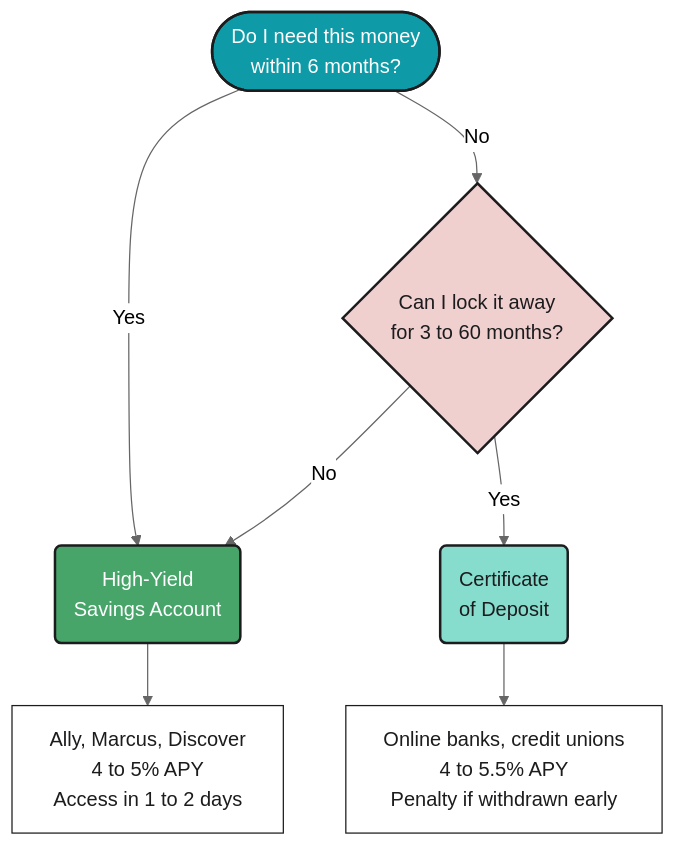
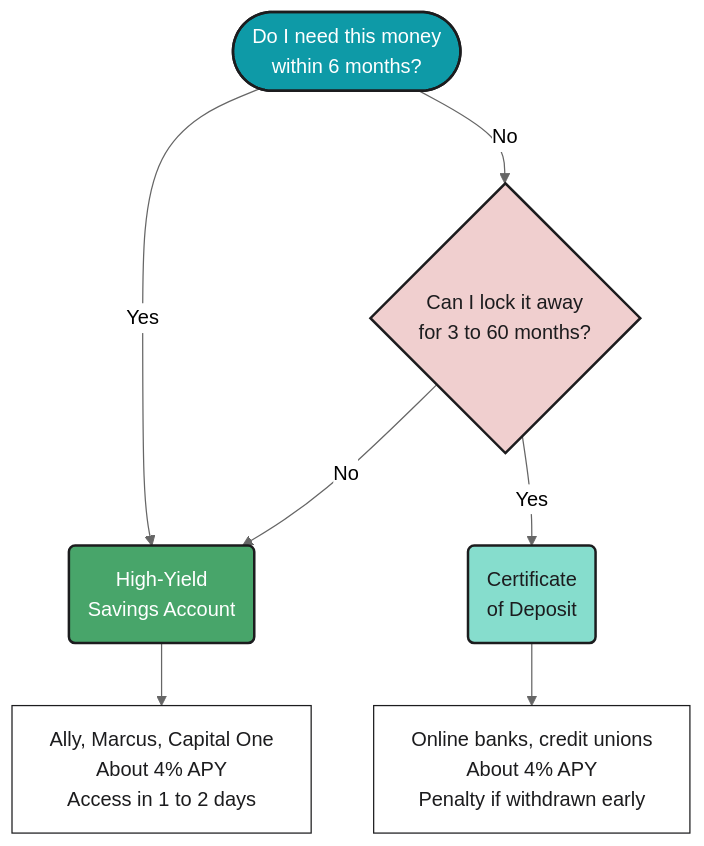
Before and after one commit to mjfrigaard/fm-finance: the first of 2 diagrams in high_yield_accounts.qmd, drawn with Mermaid. The commit also changed other lines of this file and 22 other files, not shown here.

````diff
--- a/high_yield_accounts.qmd
+++ b/high_yield_accounts.qmd
@@ -32,23 +32,23 @@
 ```{mermaid}
 %%| fig-cap: 'Choosing the Right Account'
 %%| fig-align: center
 %%{init: {'theme': 'neutral', 'themeVariables': { 'fontFamily': 'monospace', "darkMode":false, "fontSize":"16px"}}}%%
 
 flowchart TD
     Start(["Do I need this money<br>within 6 months?"])
     Start -->|"Yes"| HYSA("High-Yield<br>Savings Account")
     Start -->|"No"| Q2{"Can I lock it away<br>for 3 to 60 months?"}
 
     Q2 -->|"Yes"| CD("Certificate<br>of Deposit")
     Q2 -->|"No"| HYSA
 
-    HYSA --> HYSA_Details["Ally, Marcus, Discover<br>4 to 5% APY<br>Access in 1 to 2 days"]
-    CD --> CD_Details["Online banks, credit unions<br>4 to 5.5% APY<br>Penalty if withdrawn early"]
+    HYSA --> HYSA_Details["Ally, Marcus, Capital One<br>About 4% APY<br>Access in 1 to 2 days"]
+    CD --> CD_Details["Online banks, credit unions<br>About 4% APY<br>Penalty if withdrawn early"]
 
     style Start fill:#0e9aa7,color:#FFFFFF,stroke:#1C1C1E,stroke-width:2px
     style Q2 fill:#f0cfcf,color:#1C1C1E,stroke:#1C1C1E,stroke-width:2px
     style HYSA fill:#48a56a,color:#FFFFFF,stroke:#1C1C1E,stroke-width:2px
     style CD fill:#86ddcd,color:#1C1C1E,stroke:#1C1C1E,stroke-width:2px
     style HYSA_Details fill:#FFFFFF,color:#1C1C1E,stroke:#1C1C1E,stroke-width:1px
     style CD_Details fill:#FFFFFF,color:#1C1C1E,stroke:#1C1C1E,stroke-width:1px
 ```
````
